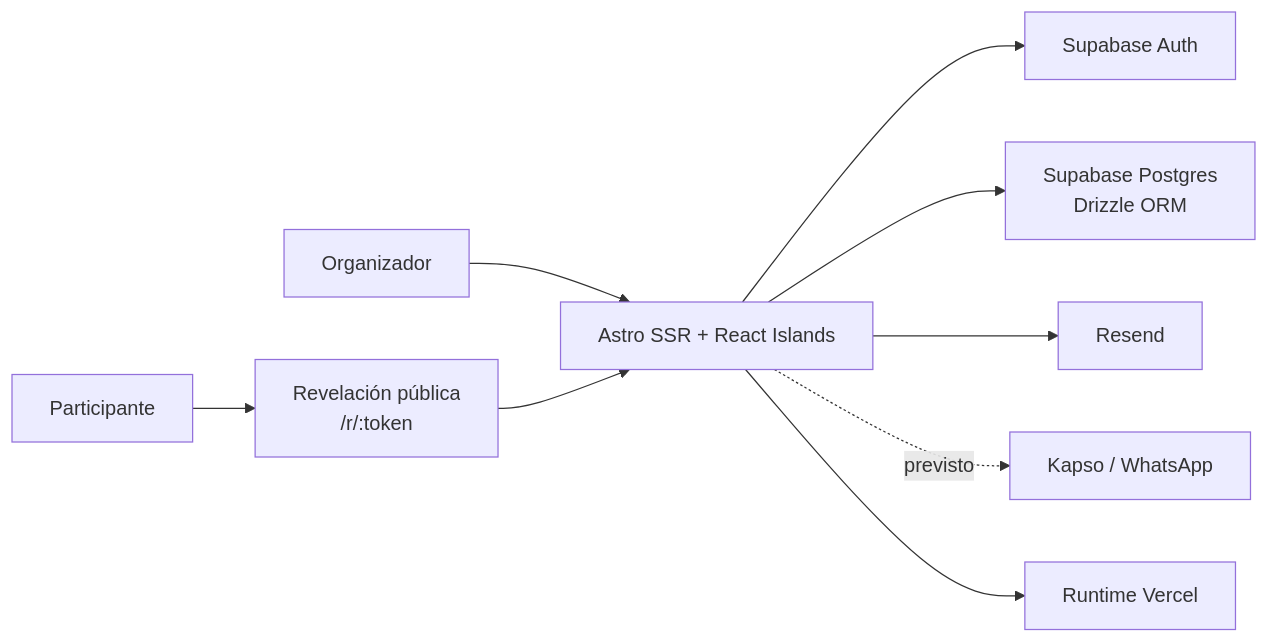
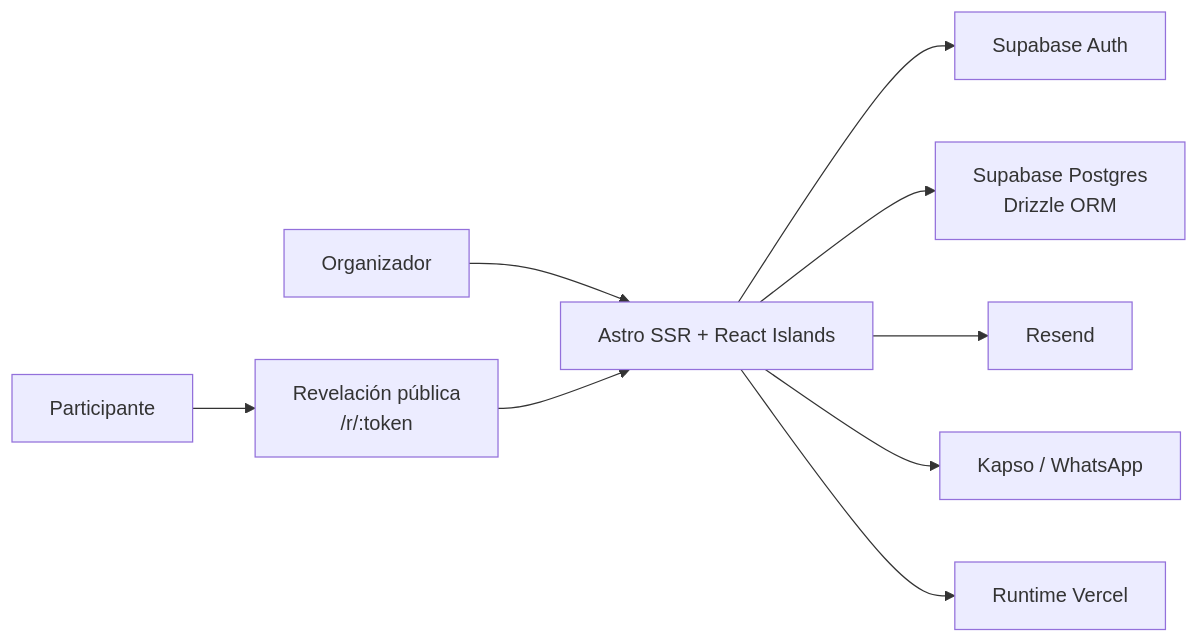
Before and after one commit to carlosnumber9/secret-sanchez: the diagram in docs/architecture.md, drawn with Mermaid. The commit also changed other lines of this file and 57 other files, not shown here.

````diff
--- a/docs/architecture.md
+++ b/docs/architecture.md
@@ -9,11 +9,11 @@
 ```mermaid
 flowchart LR
   participant["Participante"] --> reveal["Revelación pública<br>/r/:token"]
   admin["Organizador"] --> astro["Astro SSR + React Islands"]
   reveal --> astro
   astro --> auth["Supabase Auth"]
   astro --> db["Supabase Postgres<br>Drizzle ORM"]
   astro --> email["Resend"]
-  astro -. "previsto" .-> whatsapp["Kapso / WhatsApp"]
+  astro --> whatsapp["Kapso / WhatsApp"]
   astro --> vercel["Runtime Vercel"]
 ```
````
